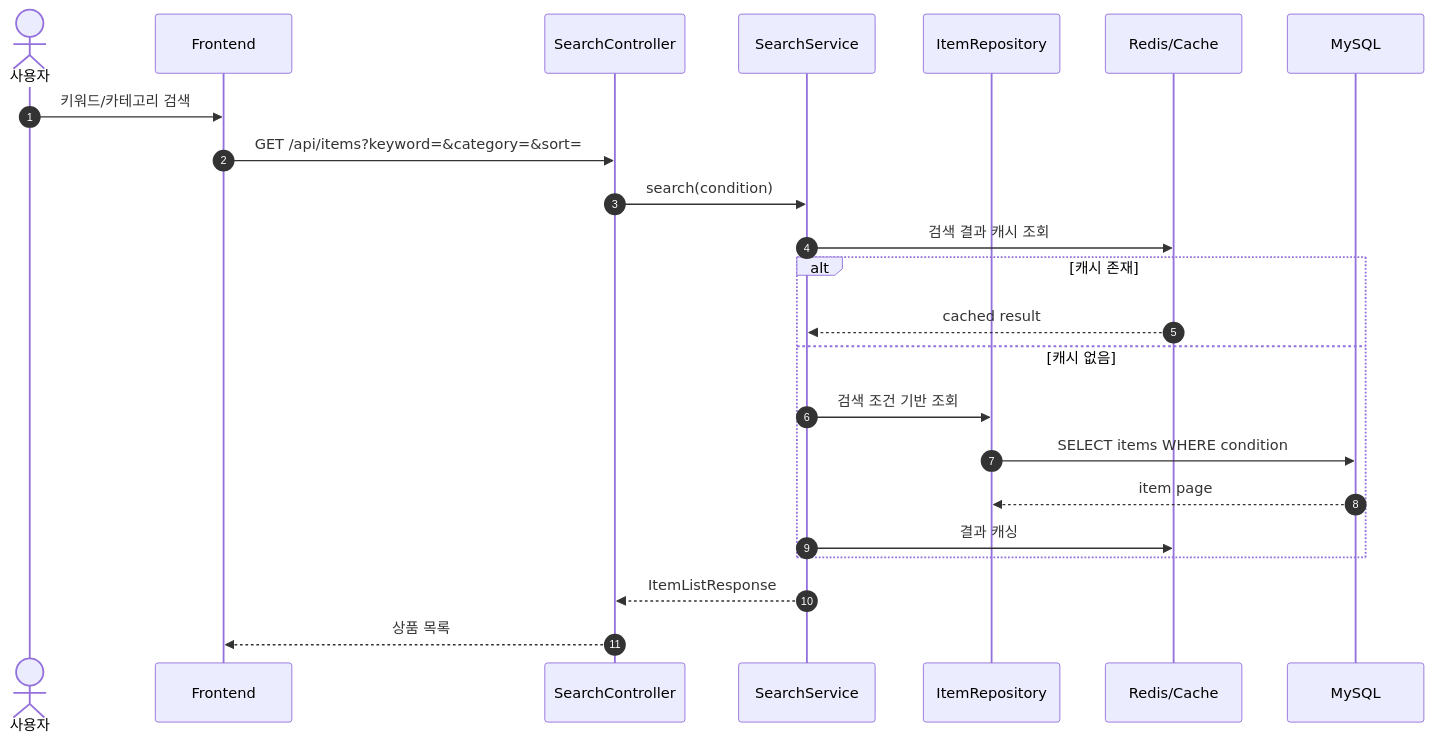
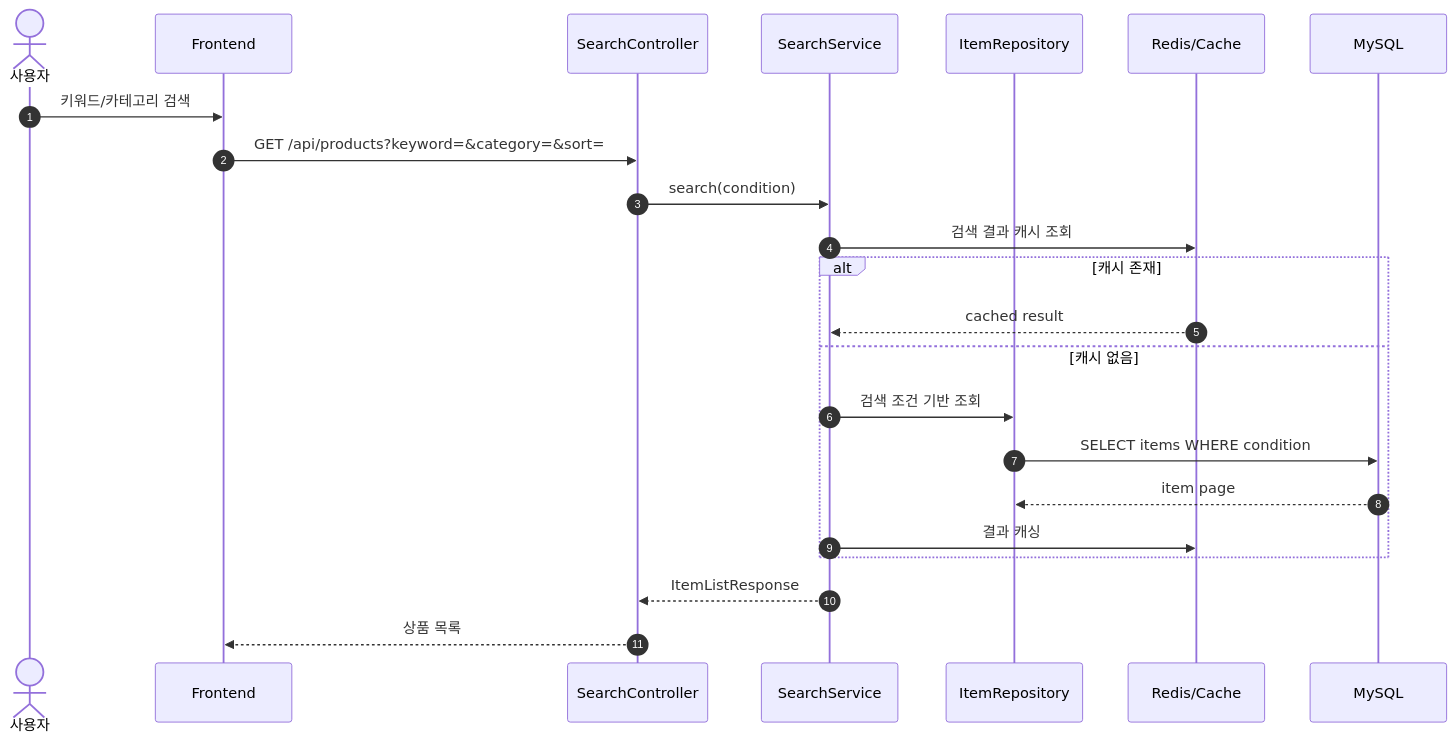
Diagram 22 of 27 in documents/sequence/domain-sequence-diagrams.md (one-stop-project/one-stop-project-docs), drawn with Mermaid before and after one commit. The commit also changed other lines of this file and 6 other files, not shown here.

Commit message:
공통 문서(엔티티 관계도·에러코드·플로우·시퀀스) 코드 정합화 및 에러코드 레퍼런스 신설

````diff
--- a/documents/sequence/domain-sequence-diagrams.md
+++ b/documents/sequence/domain-sequence-diagrams.md
@@ -941,28 +941,28 @@
 ```mermaid
 sequenceDiagram
     autonumber
     actor User as 사용자
     participant FE as Frontend
     participant SearchController as SearchController
     participant SearchService as SearchService
     participant ItemRepo as ItemRepository
     participant Cache as Redis/Cache
     participant DB as MySQL
 
     User->>FE: 키워드/카테고리 검색
-    FE->>SearchController: GET /api/items?keyword=&category=&sort=
+    FE->>SearchController: GET /api/products?keyword=&category=&sort=
     SearchController->>SearchService: search(condition)
 
     SearchService->>Cache: 검색 결과 캐시 조회
     alt 캐시 존재
         Cache-->>SearchService: cached result
     else 캐시 없음
         SearchService->>ItemRepo: 검색 조건 기반 조회
         ItemRepo->>DB: SELECT items WHERE condition
         DB-->>ItemRepo: item page
         SearchService->>Cache: 결과 캐싱
     end
 
     SearchService-->>SearchController: ItemListResponse
     SearchController-->>FE: 상품 목록
 ```
````
